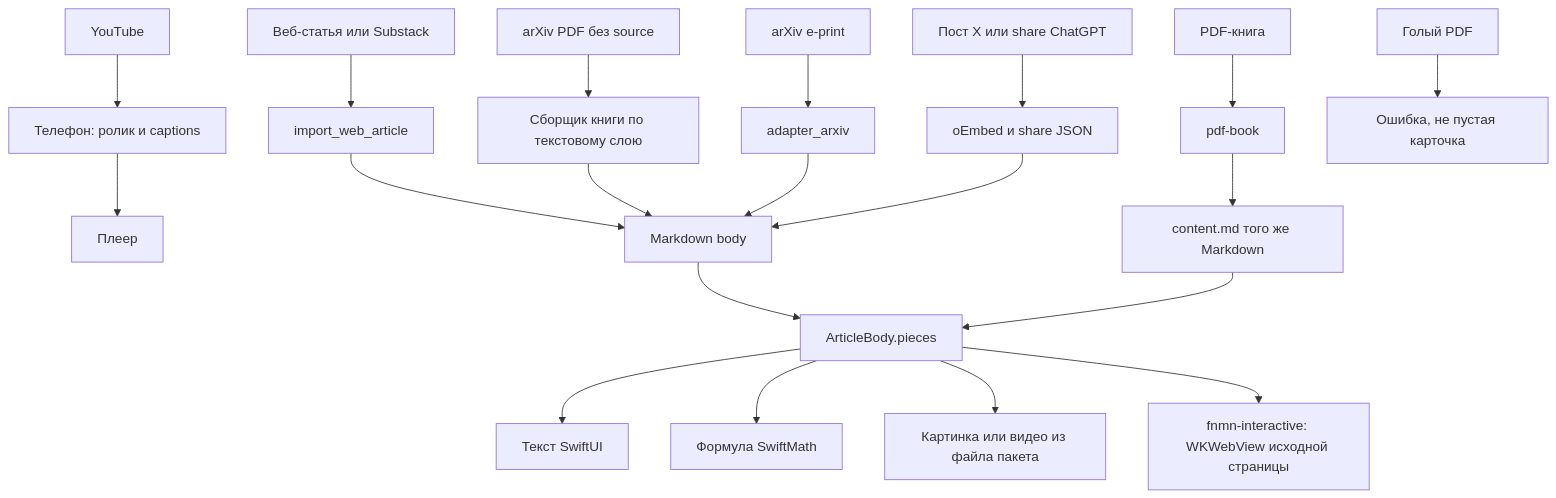
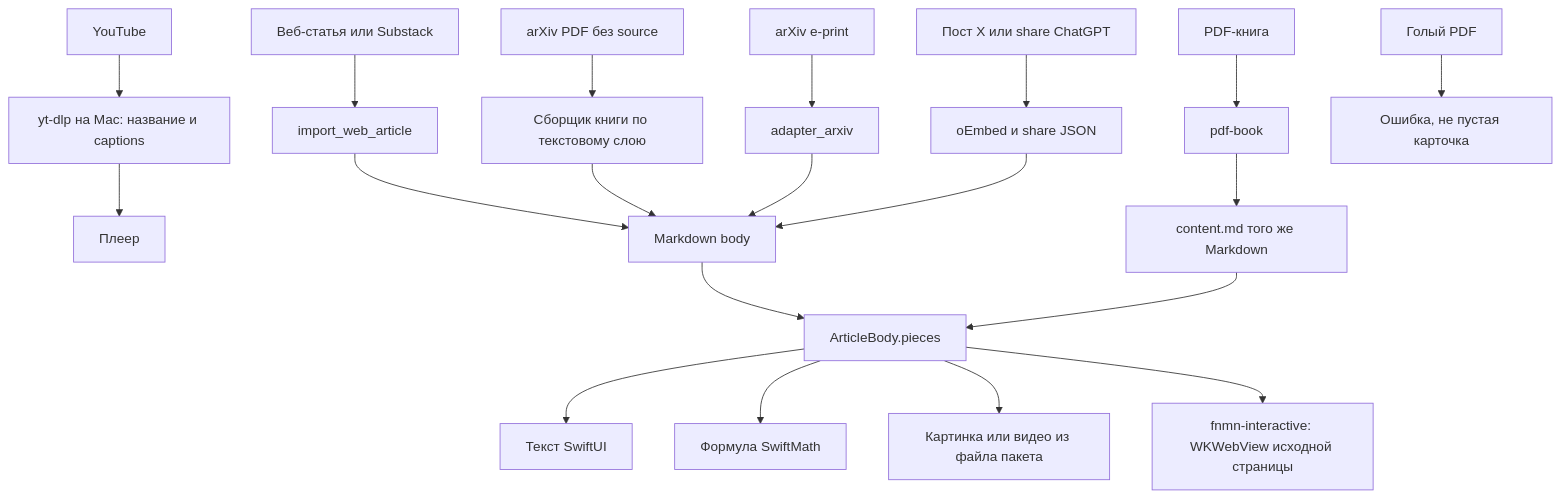
The diagram in notes/viz/reading.md (vladkalinichencko/fnmn-app), drawn with Mermaid before and after one commit. The commit also changed 12 other files, not shown here.

First line of the commit message:
Fetch YouTube captions on the Mac with yt-dlp.

````diff
--- a/notes/viz/reading.md
+++ b/notes/viz/reading.md
@@ -5,22 +5,22 @@
 ```mermaid
 flowchart TD
     Web[Веб-статья или Substack] --> WebAdapter[import_web_article]
     Arxiv[arXiv e-print] --> ArxivAdapter[adapter_arxiv]
     Post[Пост X или share ChatGPT] --> TextAdapter[oEmbed и share JSON]
     Pdf[PDF-книга] --> PdfAdapter[pdf-book]
-    Tube[YouTube] --> Phone[Телефон: ролик и captions]
+    Tube[YouTube] --> TubeMac[yt-dlp на Mac: название и captions]
     ArxivPdf[arXiv PDF без source] --> BookAsm[Сборщик книги по текстовому слою]
     StopSource[Голый PDF] --> Stop[Ошибка, не пустая карточка]
-    Phone --> Player[Плеер]
+    TubeMac --> Player[Плеер]
     WebAdapter --> Body[Markdown body]
     BookAsm --> Body
     ArxivAdapter --> Body
     TextAdapter --> Body
     PdfAdapter --> Content[content.md того же Markdown]
     Body --> Pieces[ArticleBody.pieces]
     Content --> Pieces
     Pieces --> Text[Текст SwiftUI]
     Pieces --> Math[Формула SwiftMath]
     Pieces --> File[Картинка или видео из файла пакета]
     Pieces --> Live[fnmn-interactive: WKWebView исходной страницы]
 ```
````
